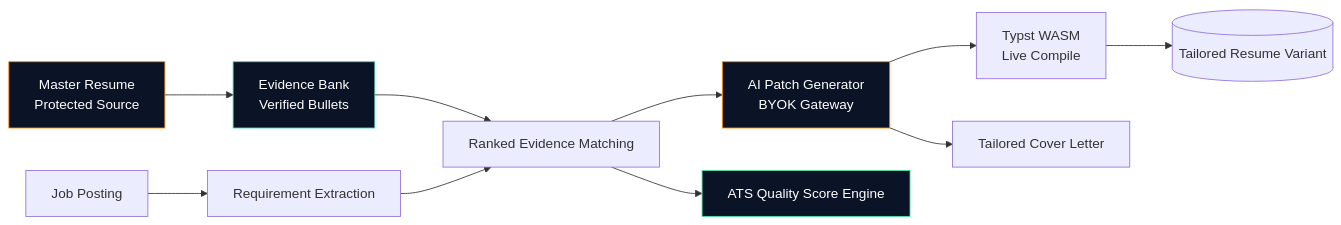
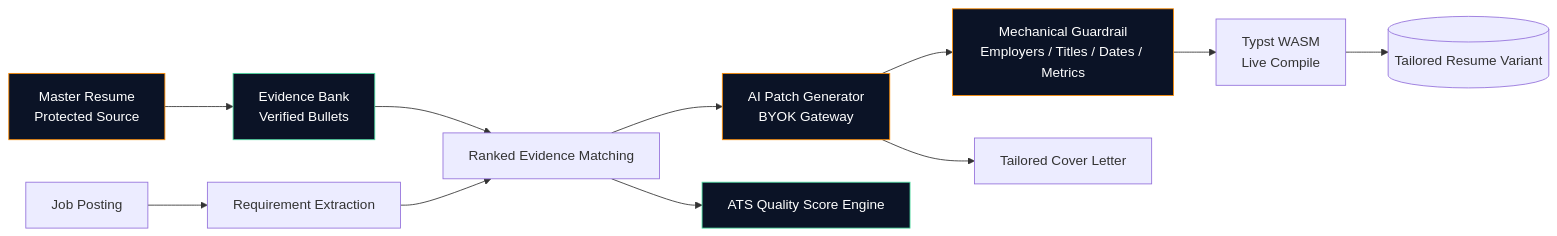
One commit to ZenzerJs/ResumeForge changed the diagram in README.md. Above: the diagram before and after it, drawn with Mermaid. The commit also changed other lines of this file and 88 other files, not shown here.

Commit message:
fix(security,guardrail): harden BYOK proxy, fix Typst fact extractor, enforce near-miss guardrails, and scrub PII

````diff
--- a/README.md
+++ b/README.md
@@ -100,17 +103,19 @@
 ```mermaid
 flowchart LR
     A[Master Resume<br/>Protected Source] --> B[Evidence Bank<br/>Verified Bullets]
     C[Job Posting] --> D[Requirement Extraction]
     B --> E[Ranked Evidence Matching]
     D --> E
     E --> F[AI Patch Generator<br/>BYOK Gateway]
-    F --> G[Typst WASM<br/>Live Compile]
-    E --> H[ATS Quality Score Engine]
-    F --> I[Tailored Cover Letter]
-    G --> J[(Tailored Resume Variant)]
+    F --> G[Mechanical Guardrail<br/>Employers / Titles / Dates / Metrics]
+    G --> H[Typst WASM<br/>Live Compile]
+    E --> I[ATS Quality Score Engine]
+    F --> J[Tailored Cover Letter]
+    H --> K[(Tailored Resume Variant)]
 
     style A fill:#0b1326,stroke:#ff8c00,color:#fff
     style B fill:#0b1326,stroke:#4edea3,color:#fff
     style F fill:#0b1326,stroke:#ff8c00,color:#fff
-    style H fill:#0b1326,stroke:#4edea3,color:#fff
+    style G fill:#0b1326,stroke:#ff8c00,color:#fff
+    style I fill:#0b1326,stroke:#4edea3,color:#fff
 ```
````
